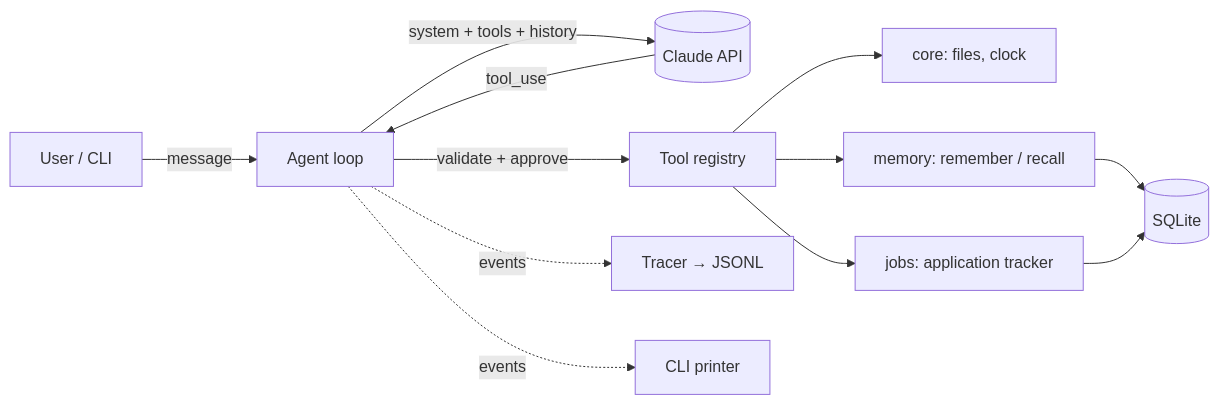
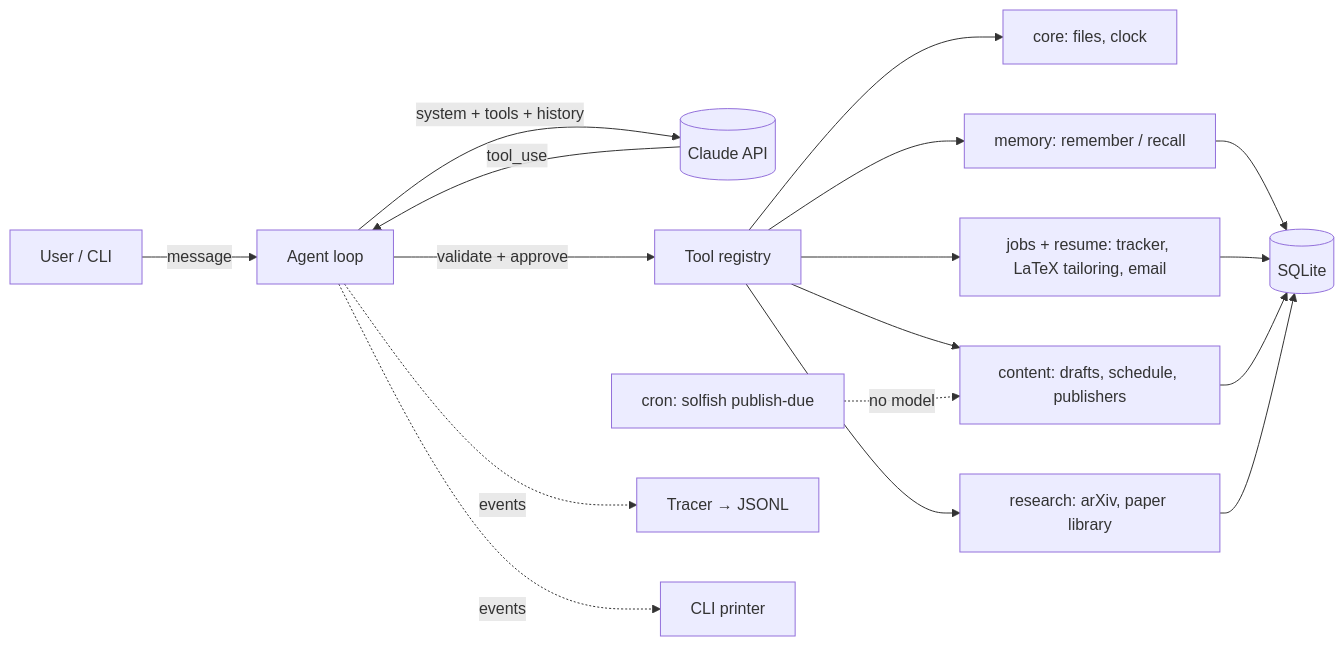
Before and after one commit to yx-yan/Solfish: the diagram in README.md, drawn with Mermaid. The commit also changed other lines of this file and 13 other files, not shown here.

First line of the commit message:
Add resume, content and research skills

````diff
--- a/README.md
+++ b/README.md
@@ -35,13 +36,16 @@
 ```mermaid
 flowchart LR
     U[User / CLI] -->|message| L[Agent loop]
     L -->|system + tools + history| M[(Claude API)]
     M -->|tool_use| L
     L -->|validate + approve| R[Tool registry]
     R --> S1[core: files, clock]
     R --> S2[memory: remember / recall]
-    R --> S3[jobs: application tracker]
-    S2 & S3 --> DB[(SQLite)]
+    R --> S3[jobs + resume: tracker, LaTeX tailoring, email]
+    R --> S4[content: drafts, schedule, publishers]
+    R --> S5[research: arXiv, paper library]
+    S2 & S3 & S4 & S5 --> DB[(SQLite)]
+    C[cron: solfish publish-due] -.no model.-> S4
     L -.events.-> T[Tracer → JSONL]
     L -.events.-> P[CLI printer]
 ```
````
